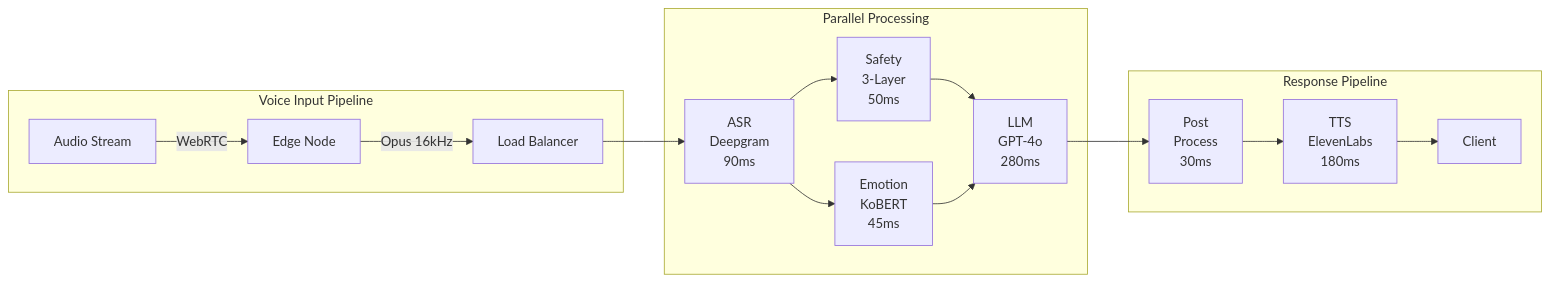
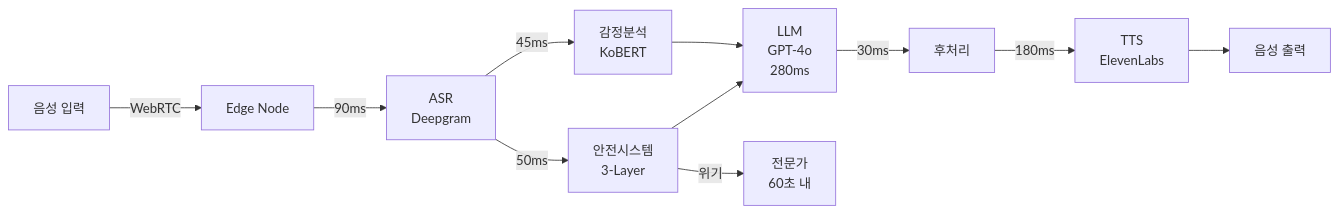
The diagram in README.md (genius8267/AI-_Intune-Care), drawn with Mermaid before and after one commit. The commit also changed other lines of this file, not shown here.

````diff
--- a/README.md
+++ b/README.md
@@ -54,21 +75,14 @@
 ```mermaid
 graph LR
-    subgraph "Voice Input Pipeline"
-        A[Audio Stream] -->|WebRTC| B[Edge Node]
-        B -->|Opus 16kHz| C[Load Balancer]
-    end
+    A[음성 입력] -->|WebRTC| B[Edge Node]
+    B -->|90ms| C[ASR<br/>Deepgram]
+    C -->|50ms| D[안전시스템<br/>3-Layer]
+    C -->|45ms| E[감정분석<br/>KoBERT]
+    D --> F[LLM<br/>GPT-4o<br/>280ms]
+    E --> F
+    F -->|30ms| G[후처리]
+    G -->|180ms| H[TTS<br/>ElevenLabs]
+    H --> I[음성 출력]
     
-    subgraph "Parallel Processing"
-        C --> D[ASR<br/>Deepgram<br/>90ms]
-        D --> E[Safety<br/>3-Layer<br/>50ms]
-        D --> F[Emotion<br/>KoBERT<br/>45ms]
-        E --> G[LLM<br/>GPT-4o<br/>280ms]
-        F --> G
-    end
-    
-    subgraph "Response Pipeline"
-        G --> H[Post<br/>Process<br/>30ms]
-        H --> I[TTS<br/>ElevenLabs<br/>180ms]
-        I --> J[Client]
-    end
+    D -->|위기| J[전문가<br/>60초 내]
 ```
````
